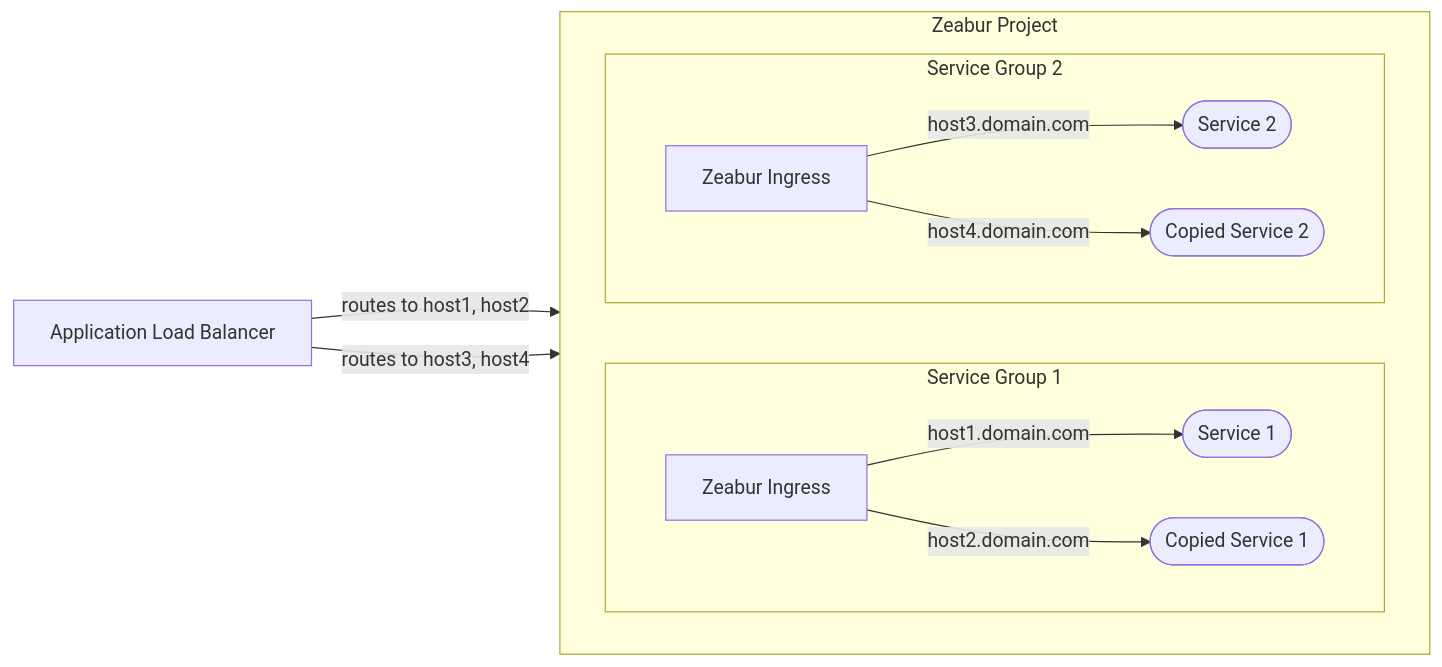
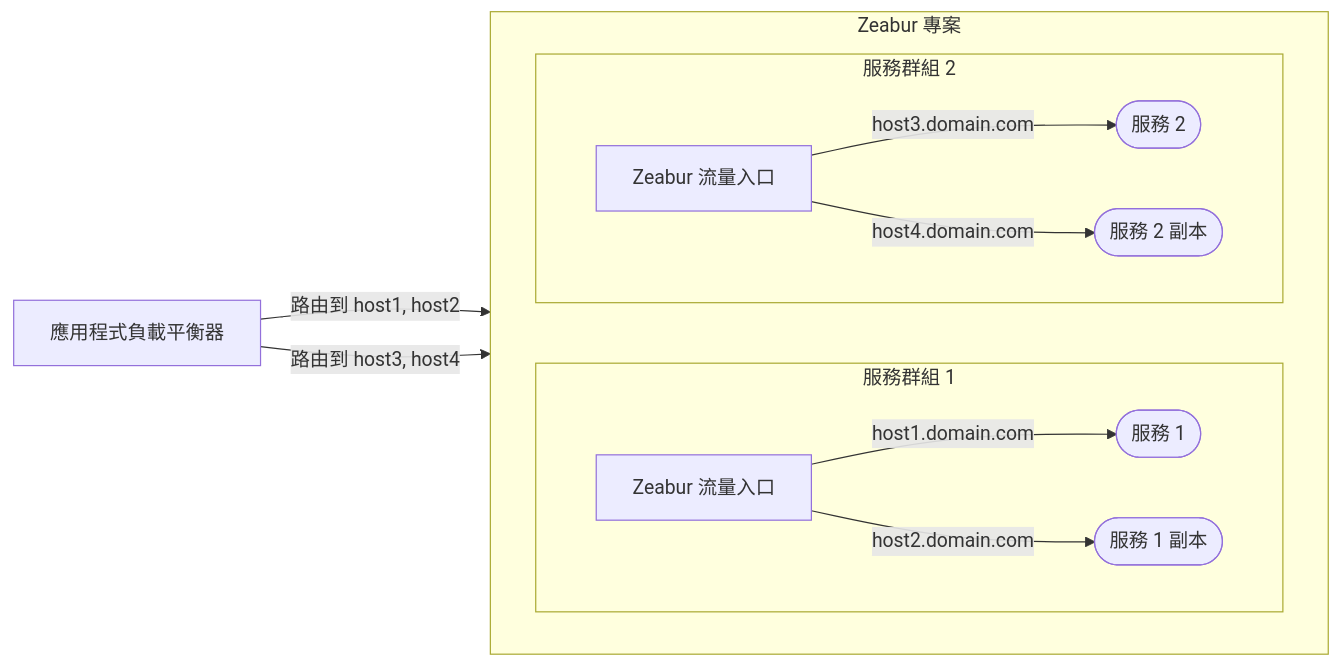
The third of 3 diagrams in docs/pages/zh-TW/networking/high-availability.mdx (zeabur/zeabur), drawn with Mermaid before and after one commit. The commit also changed other lines of this file, not shown here.

Commit message:
docs(networking/ha): translate chart in zh-TW

````diff
--- a/docs/pages/zh-TW/networking/high-availability.mdx
+++ b/docs/pages/zh-TW/networking/high-availability.mdx
@@ -91,31 +91,31 @@
 ```mermaid
 flowchart LR
-    ALB[Application Load Balancer]
+    ALB[應用程式負載平衡器]
     
-    subgraph Zeabur Project
+    subgraph Zeabur 專案
         direction LR
 
-        subgraph Service Group 1
+        subgraph 服務群組 1
             direction LR
-            Srv1([Service 1])
-            Srv1_2([Copied Service 1])
-            Ingress1[Zeabur Ingress]
+            Srv1([服務 1])
+            Srv1_2([服務 1 副本])
+            Ingress1[Zeabur 流量入口]
 
             Ingress1 -- host1.domain.com --> Srv1
             Ingress1 -- host2.domain.com --> Srv1_2
         end
 
-        subgraph Service Group 2
+        subgraph 服務群組 2
             direction LR
-            Srv2([Service 2])
-            Srv2_2([Copied Service 2])
-            Ingress2[Zeabur Ingress]
+            Srv2([服務 2])
+            Srv2_2([服務 2 副本])
+            Ingress2[Zeabur 流量入口]
 
             Ingress2 -- host3.domain.com --> Srv2
             Ingress2 -- host4.domain.com --> Srv2_2
         end
     end
 
-    ALB -- routes to host1, host2 --> Ingress1
-    ALB -- routes to host3, host4 --> Ingress2
+    ALB -- 路由到 host1, host2 --> Ingress1
+    ALB -- 路由到 host3, host4 --> Ingress2
 ```
````
